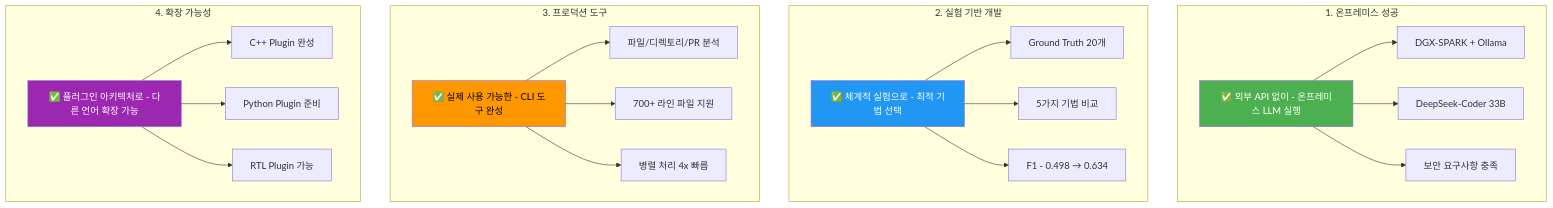
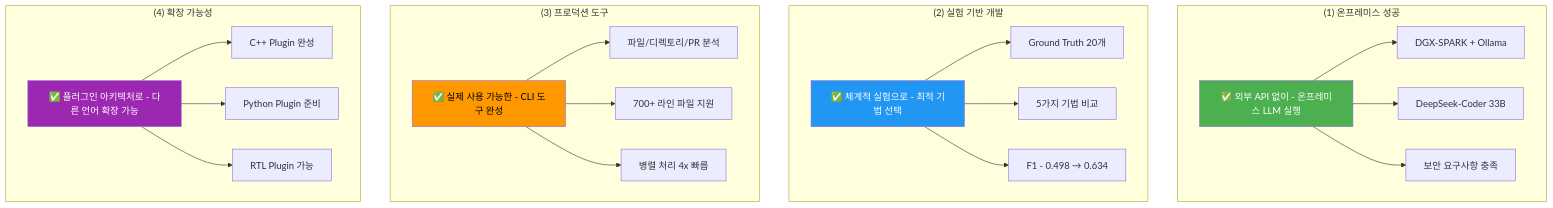
One commit to ApeachM/llm-code-reviewer changed diagram 37 of 39 in PRESENTATION.md. Above: the diagram before and after it, drawn with Mermaid. The commit also changed other lines of this file, not shown here.

````diff
--- a/PRESENTATION.md
+++ b/PRESENTATION.md
@@ -1828,35 +1836,35 @@
 ```mermaid
 graph TB
-    subgraph "1. 온프레미스 성공"
+    subgraph "(1) 온프레미스 성공"
         Success1[✅ 외부 API 없이 - 온프레미스 LLM 실행]
         Success1 --> S1_1[DGX-SPARK + Ollama]
         Success1 --> S1_2[DeepSeek-Coder 33B]
         Success1 --> S1_3[보안 요구사항 충족]
     end
 
-    subgraph "2. 실험 기반 개발"
+    subgraph "(2) 실험 기반 개발"
         Success2[✅ 체계적 실험으로 - 최적 기법 선택]
         Success2 --> S2_1[Ground Truth 20개]
         Success2 --> S2_2[5가지 기법 비교]
         Success2 --> S2_3[F1 - 0.498 → 0.634]
     end
 
-    subgraph "3. 프로덕션 도구"
+    subgraph "(3) 프로덕션 도구"
         Success3[✅ 실제 사용 가능한 - CLI 도구 완성]
         Success3 --> S3_1[파일/디렉토리/PR 분석]
         Success3 --> S3_2[700+ 라인 파일 지원]
         Success3 --> S3_3[병렬 처리 4x 빠름]
     end
 
-    subgraph "4. 확장 가능성"
+    subgraph "(4) 확장 가능성"
         Success4[✅ 플러그인 아키텍처로 - 다른 언어 확장 가능]
         Success4 --> S4_1[C++ Plugin 완성]
         Success4 --> S4_2[Python Plugin 준비]
         Success4 --> S4_3[RTL Plugin 가능]
     end
 
     style Success1 fill:#4caf50,color:#fff
     style Success2 fill:#2196f3,color:#fff
     style Success3 fill:#ff9800,color:#000
     style Success4 fill:#9c27b0,color:#fff
 ```
````
